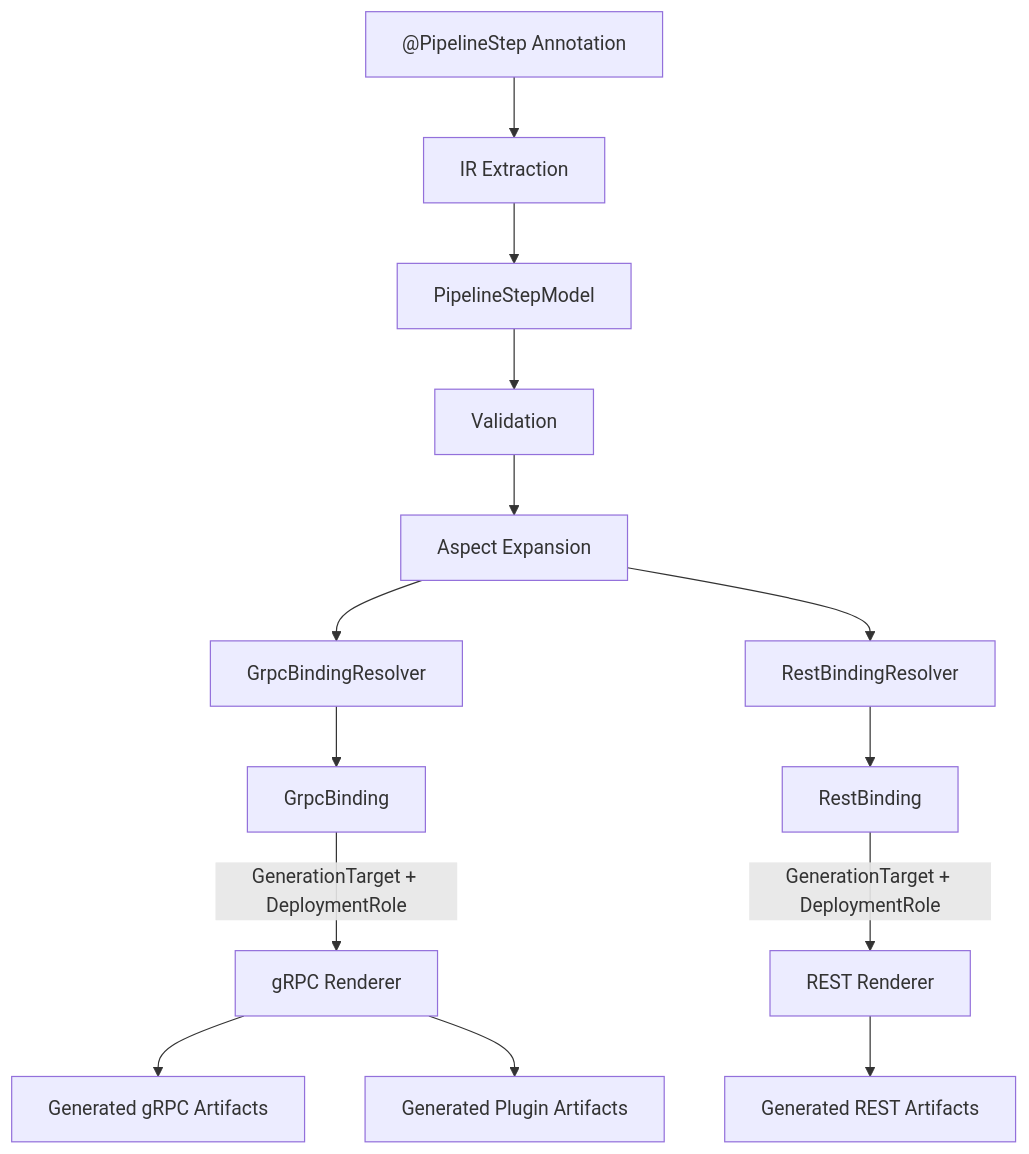
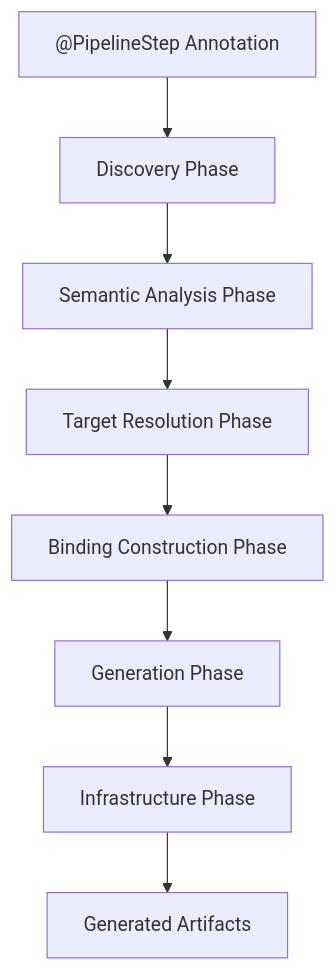
Before and after one commit to The-Pipeline-Framework/pipelineframework: the first of 2 diagrams in docs/guide/evolve/annotation-processor-architecture.md, drawn with Mermaid. The commit also changed other lines of this file and 36 other files, not shown here.

````diff
--- a/docs/guide/evolve/annotation-processor-architecture.md
+++ b/docs/guide/evolve/annotation-processor-architecture.md
@@ -230,18 +232,11 @@
 ```mermaid
 flowchart TD
-    A["@PipelineStep Annotation"] --> B[IR Extraction]
-    B --> C[PipelineStepModel]
-    C --> D[Validation]
-    D --> E0[Aspect Expansion]
-    E0 --> E1[GrpcBindingResolver]
-    E0 --> E2[RestBindingResolver]
-    E1 --> F1[GrpcBinding]
-    E2 --> F2[RestBinding]
+    A["@PipelineStep Annotation"] --> B[Discovery Phase]
+    B --> C[Semantic Analysis Phase]
+    C --> D[Target Resolution Phase]
+    D --> E[Binding Construction Phase]
+    E --> F[Generation Phase]
+    F --> G[Infrastructure Phase]
 
-    F1 -->|GenerationTarget + DeploymentRole| R1[gRPC Renderer]
-    F2 -->|GenerationTarget + DeploymentRole| R2[REST Renderer]
-
-    R1 --> O1[Generated gRPC Artifacts]
-    R2 --> O2[Generated REST Artifacts]
-    R1 --> O3[Generated Plugin Artifacts]
+    G --> H[Generated Artifacts]
 ```
````
